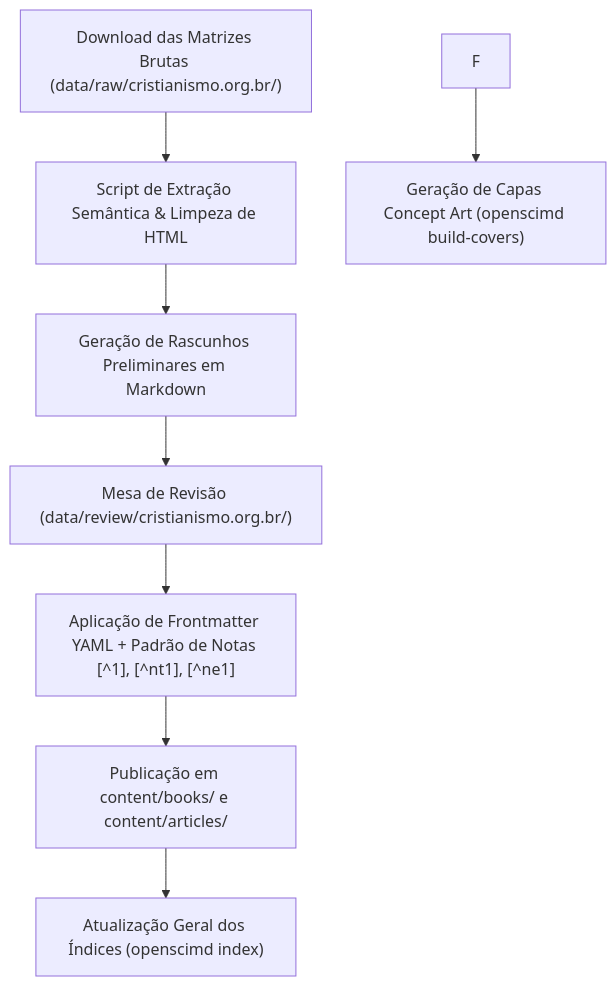
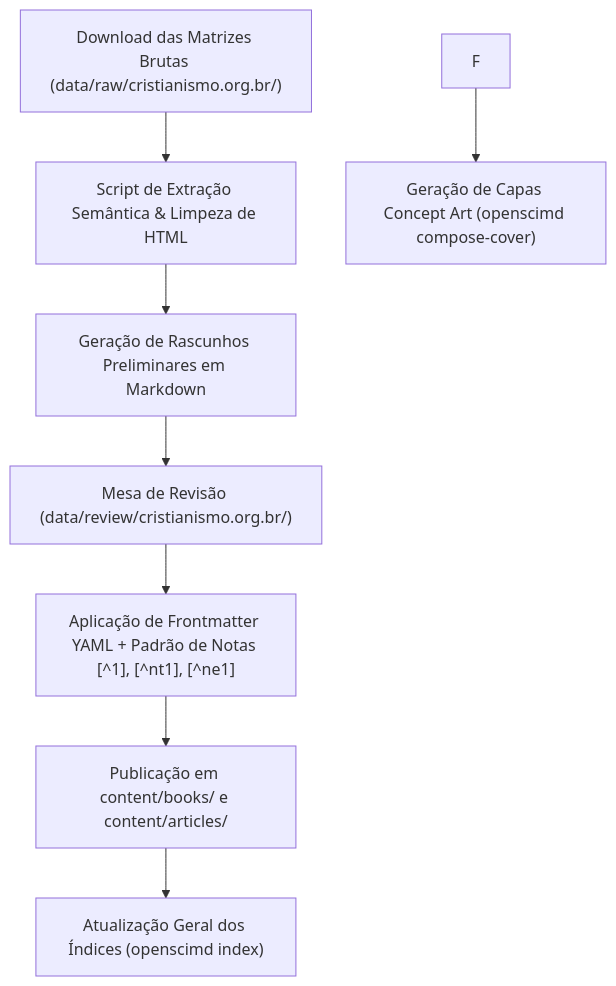
One commit to HelenoSalgado/openscimd changed the diagram in docs/plano-digitalizacao-cristianismo-org-br.md. Above: the diagram before and after it, drawn with Mermaid. The commit also changed 265 other files, not shown here.

````diff
--- a/docs/plano-digitalizacao-cristianismo-org-br.md
+++ b/docs/plano-digitalizacao-cristianismo-org-br.md
@@ -80,10 +80,10 @@
 ```mermaid
 graph TD
     A["Download das Matrizes Brutas (data/raw/cristianismo.org.br/)"] --> B["Script de Extração Semântica & Limpeza de HTML"]
     B --> C["Geração de Rascunhos Preliminares em Markdown"]
     C --> D["Mesa de Revisão (data/review/cristianismo.org.br/)"]
     D --> E["Aplicação de Frontmatter YAML + Padrão de Notas [^1], [^nt1], [^ne1]"]
     E --> G["Publicação em content/books/ e content/articles/"]
-    F --> H["Geração de Capas Concept Art (openscimd build-covers)"]
+    F --> H["Geração de Capas Concept Art (openscimd compose-cover)"]
     G --> I["Atualização Geral dos Índices (openscimd index)"]
 ```
````
